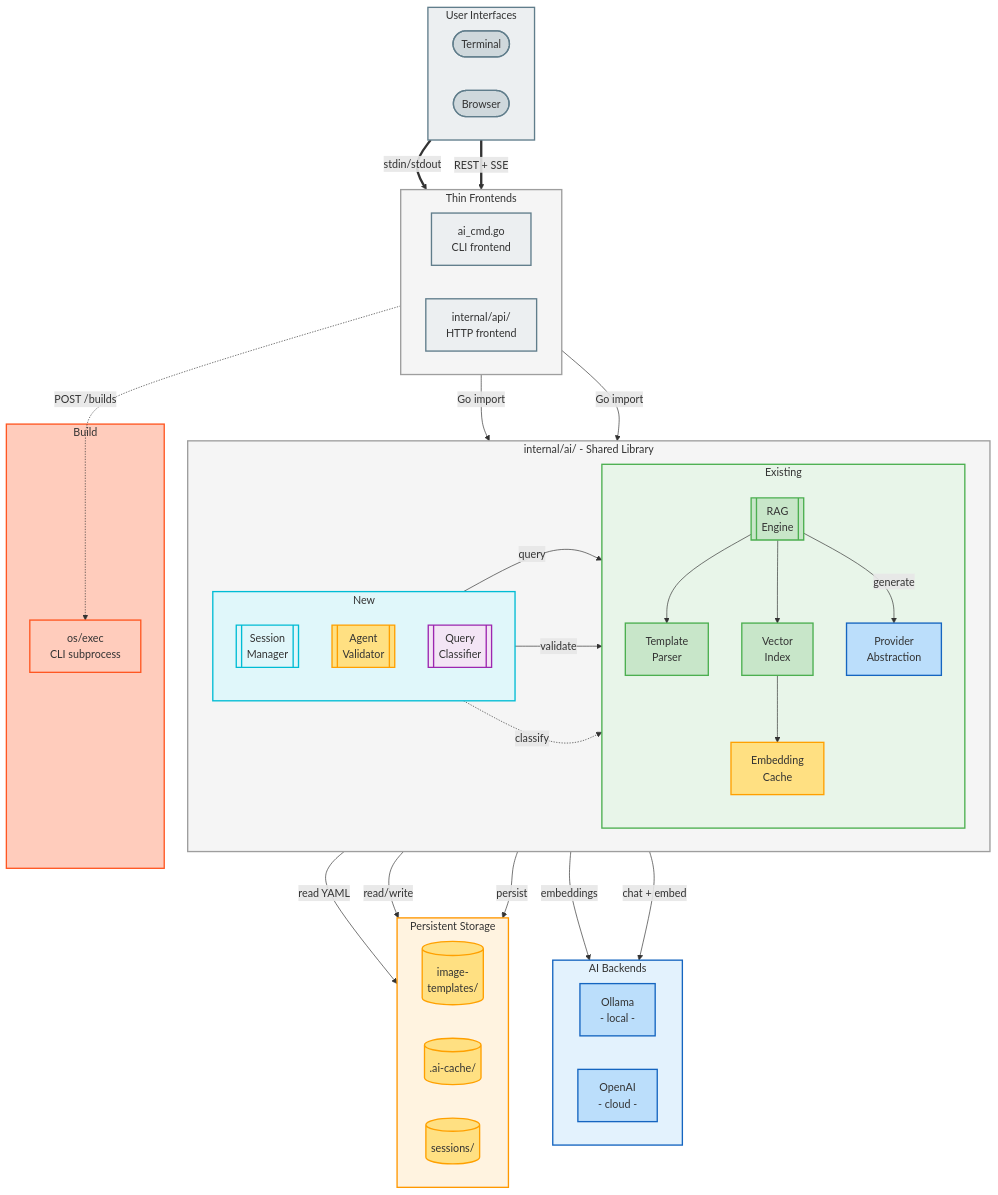
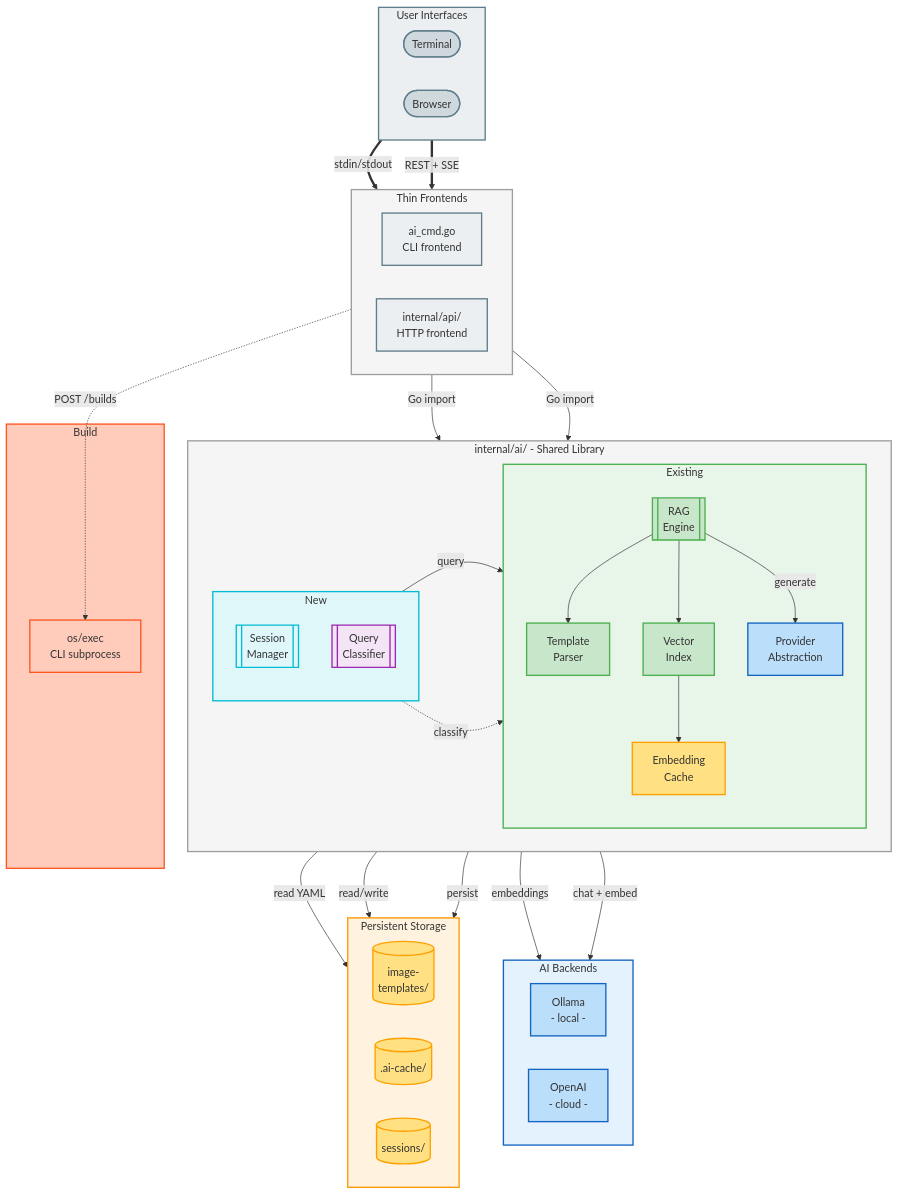
One commit to open-edge-platform/image-composer-tool changed the first of 5 diagrams in docs/architecture/adr-web-interface-architecture.md. Above: the diagram before and after it, drawn with Mermaid. The commit also changed other lines of this file, not shown here.

First line of the commit message:
docs(adr): defer agent validation to future implementation phase

```diff
--- a/docs/architecture/adr-web-interface-architecture.md
+++ b/docs/architecture/adr-web-interface-architecture.md
@@ -126,7 +125,6 @@
         subgraph L3a["New"]
             direction TB
             SM[["Session\nManager"]]
-            AG[["Agent\nValidator"]]
             CL[["Query\nClassifier"]]
         end
 
@@ -168,7 +166,6 @@
 
     %% ── Edges: Within Library ──
     SM -->|"query"| EN
-    AG -->|"validate"| EN
     CL -.->|"classify"| EN
     EN --> TP
     EN --> IX
@@ -203,7 +200,6 @@
     style CLI fill:#ECEFF1,stroke:#607D8B,stroke-width:2px
     style API fill:#ECEFF1,stroke:#607D8B,stroke-width:2px
     style SM fill:#E0F7FA,stroke:#00BCD4,stroke-width:2px
-    style AG fill:#FFE082,stroke:#FFA000,stroke-width:2px
     style CL fill:#F3E5F5,stroke:#9C27B0,stroke-width:2px
     style EN fill:#C8E6C9,stroke:#4CAF50,stroke-width:2px
     style PR fill:#BBDEFB,stroke:#1565C0,stroke-width:2px
```
